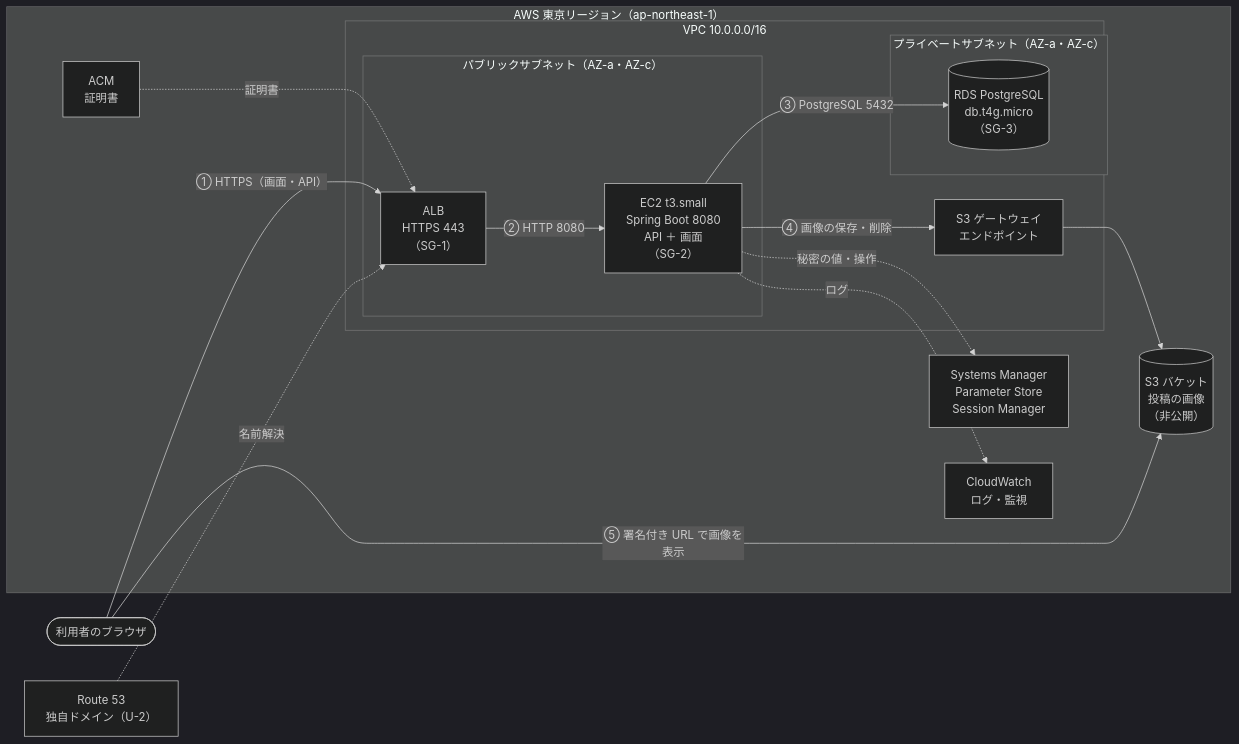
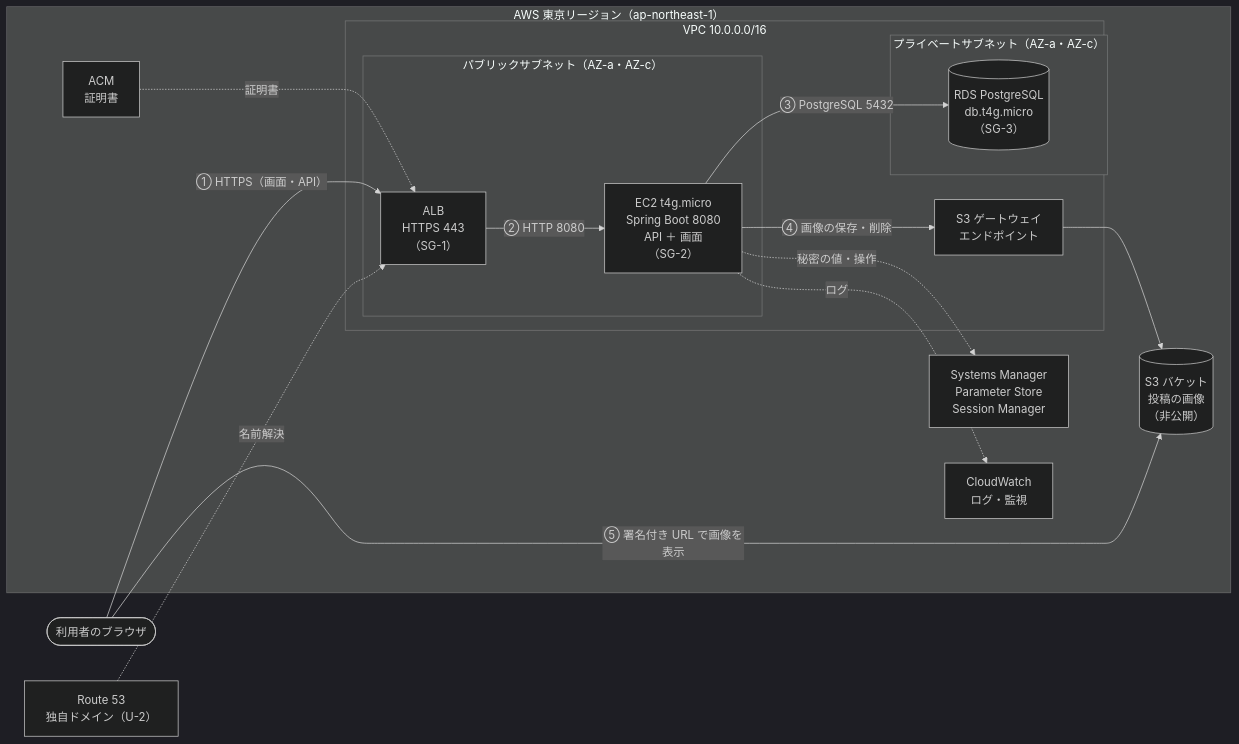
The first of 2 diagrams in docs/design/infra-design.md (y0408e0301-star/raise-timeline), drawn with Mermaid (dark theme) before and after one commit. The commit also changed other lines of this file and 5 other files, not shown here.

````diff
--- a/docs/design/infra-design.md
+++ b/docs/design/infra-design.md
@@ -40,32 +41,32 @@
 ```mermaid
 flowchart LR
     user(["利用者のブラウザ"])
     dns["Route 53<br>独自ドメイン（U-2）"]
 
     subgraph aws["AWS 東京リージョン（ap-northeast-1）"]
         subgraph vpc["VPC 10.0.0.0/16"]
             subgraph pub["パブリックサブネット（AZ-a・AZ-c）"]
                 alb["ALB<br>HTTPS 443<br>（SG-1）"]
-                ec2["EC2 t3.small<br>Spring Boot 8080<br>API ＋ 画面<br>（SG-2）"]
+                ec2["EC2 t4g.micro<br>Spring Boot 8080<br>API ＋ 画面<br>（SG-2）"]
             end
             subgraph pri["プライベートサブネット（AZ-a・AZ-c）"]
                 rds[("RDS PostgreSQL<br>db.t4g.micro<br>（SG-3）")]
             end
             s3ep["S3 ゲートウェイ<br>エンドポイント"]
         end
         s3[("S3 バケット<br>投稿の画像<br>（非公開）")]
         acm["ACM<br>証明書"]
         ssm["Systems Manager<br>Parameter Store<br>Session Manager"]
         cw["CloudWatch<br>ログ・監視"]
     end
 
     user -- "① HTTPS（画面・API）" --> alb
     dns -. "名前解決" .-> alb
     acm -. "証明書" .-> alb
     alb -- "② HTTP 8080" --> ec2
     ec2 -- "③ PostgreSQL 5432" --> rds
     ec2 -- "④ 画像の保存・削除" --> s3ep --> s3
     user -- "⑤ 署名付き URL で画像を表示" --> s3
     ec2 -. "秘密の値・操作" .-> ssm
     ec2 -. "ログ" .-> cw
 ```
````
